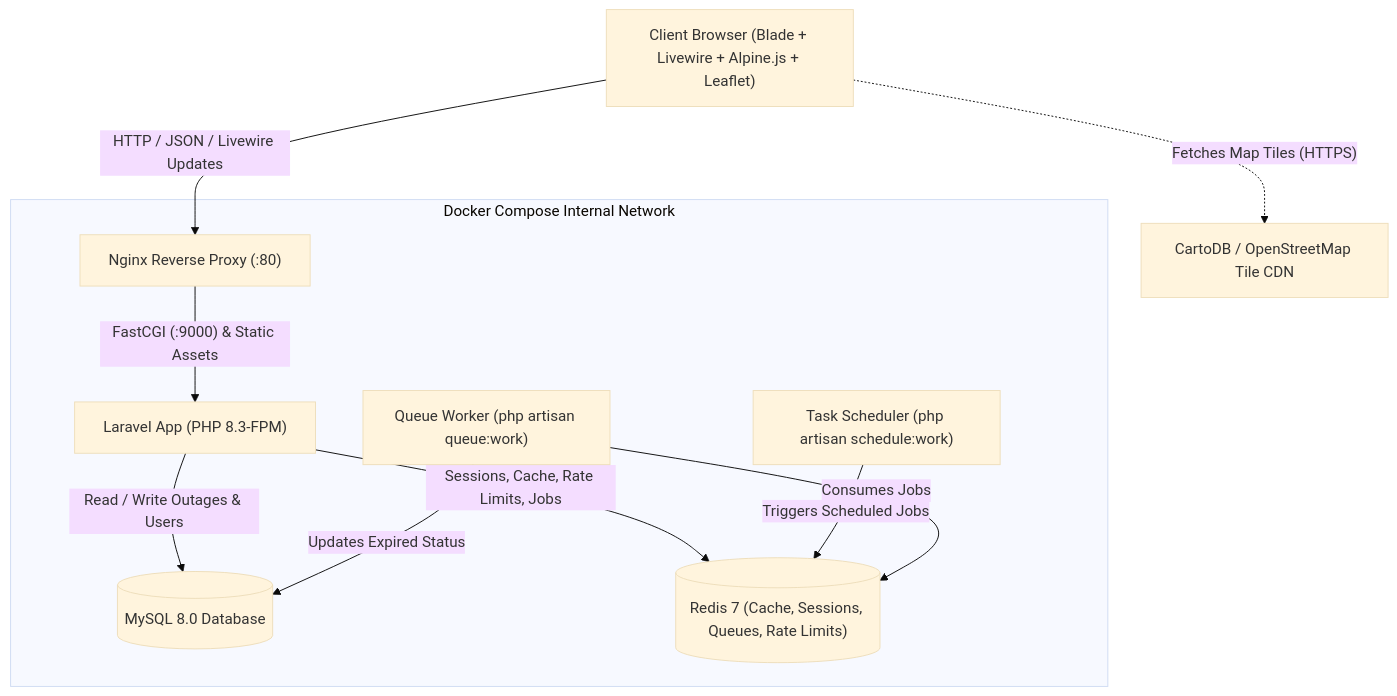
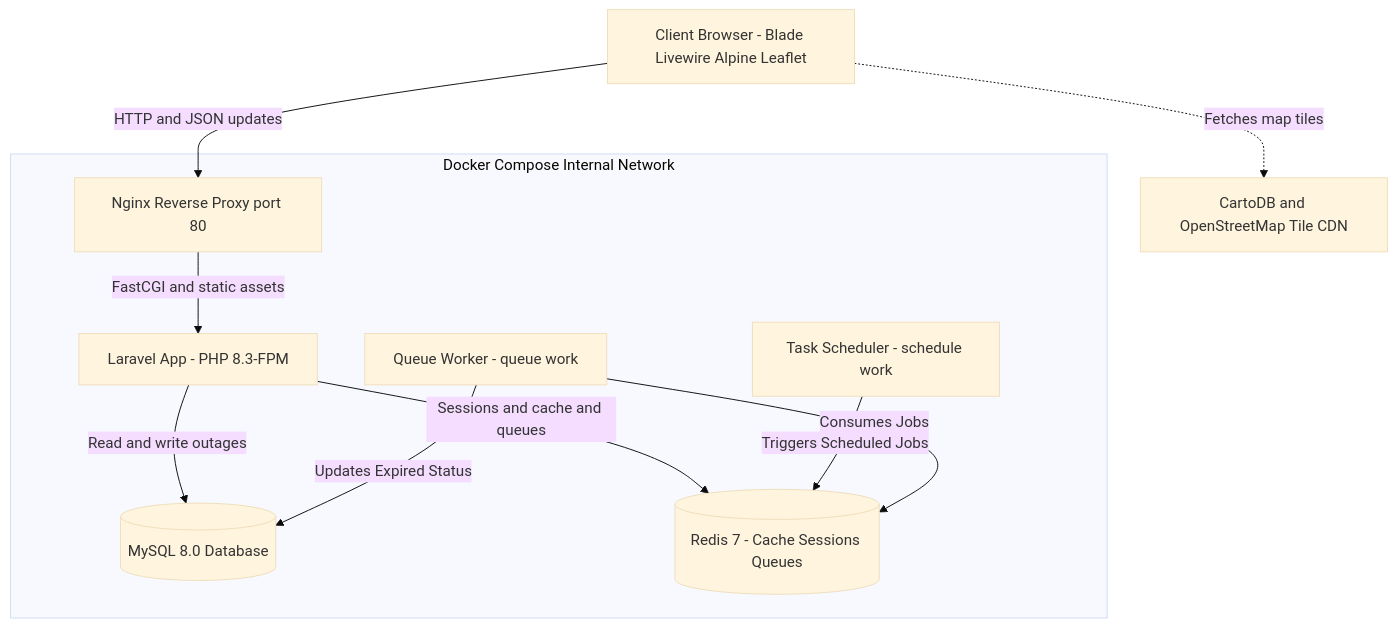
One commit to AlbertsH13/power-outage-map changed the first of 5 diagrams in ARCHITECTURE.md. Above: the diagram before and after it, drawn with Mermaid (base theme). The commit also changed other lines of this file and 64 other files, not shown here.

Commit message:
feat(docker): configure multi-stage PHP 8.3 image, compose services and Laravel 13

````diff
--- a/ARCHITECTURE.md
+++ b/ARCHITECTURE.md
@@ -9,25 +9,25 @@
 ```mermaid
 graph TD
-    Browser["Client Browser (Blade + Livewire + Alpine.js + Leaflet)"]
-    Tiles["CartoDB / OpenStreetMap Tile CDN"]
+    Browser["Client Browser - Blade Livewire Alpine Leaflet"]
+    Tiles["CartoDB and OpenStreetMap Tile CDN"]
 
     subgraph Docker_Network ["Docker Compose Internal Network"]
-        Nginx["Nginx Reverse Proxy (:80)"]
-        App["Laravel App (PHP 8.3-FPM)"]
-        Queue["Queue Worker (php artisan queue:work)"]
-        Scheduler["Task Scheduler (php artisan schedule:work)"]
+        Nginx["Nginx Reverse Proxy port 80"]
+        App["Laravel App - PHP 8.3-FPM"]
+        Queue["Queue Worker - queue work"]
+        Scheduler["Task Scheduler - schedule work"]
         MySQL[("MySQL 8.0 Database")]
-        Redis[("Redis 7 (Cache, Sessions, Queues, Rate Limits)")]
+        Redis[("Redis 7 - Cache Sessions Queues")]
     end
 
-    Browser -->|"HTTP / JSON / Livewire Updates"| Nginx
-    Browser -.->|"Fetches Map Tiles (HTTPS)"| Tiles
-    Nginx -->|"FastCGI (:9000) & Static Assets"| App
+    Browser -->|"HTTP and JSON updates"| Nginx
+    Browser -.->|"Fetches map tiles"| Tiles
+    Nginx -->|"FastCGI and static assets"| App
 
-    App -->|"Read / Write Outages & Users"| MySQL
-    App -->|"Sessions, Cache, Rate Limits, Jobs"| Redis
+    App -->|"Read and write outages"| MySQL
+    App -->|"Sessions and cache and queues"| Redis
 
     Scheduler -->|"Triggers Scheduled Jobs"| Redis
     Queue -->|"Consumes Jobs"| Redis
     Queue -->|"Updates Expired Status"| MySQL
 ```
````
